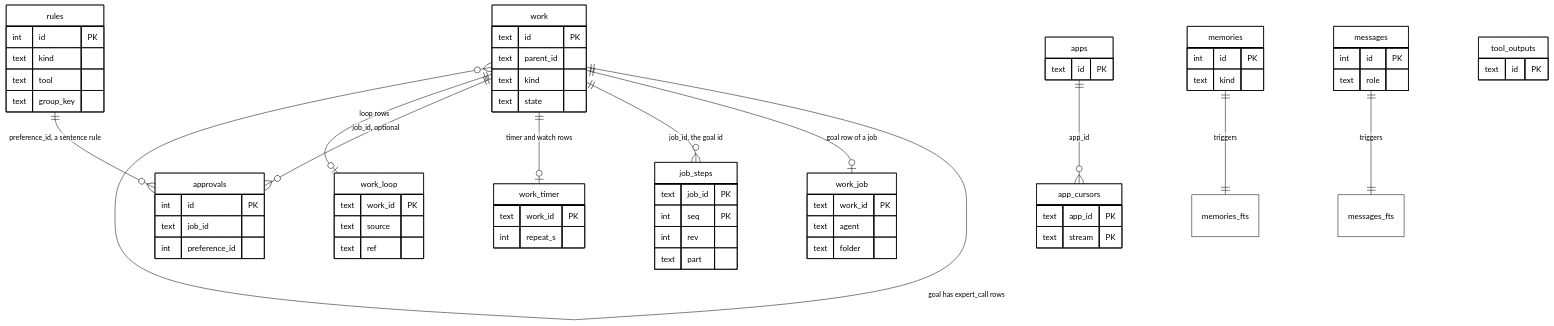
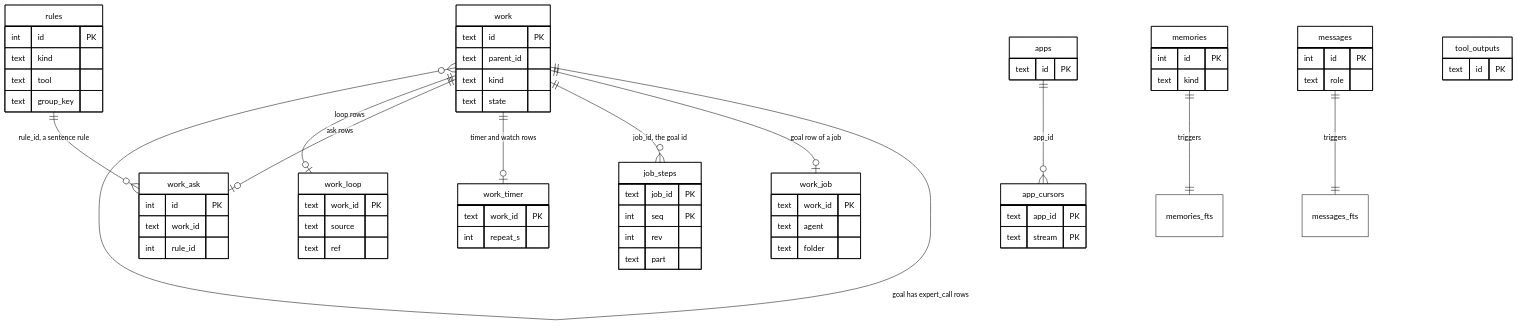
Before and after one commit to nadeem4/tagalong: the first of 2 diagrams in docs/storage.md, drawn with Mermaid. The commit also changed other lines of this file and 29 other files, not shown here.

Commit message:
feat(brain): asks and questions are work rows, home log reads them (S6)

````diff
--- a/docs/storage.md
+++ b/docs/storage.md
@@ -51,70 +50,70 @@
 ```mermaid
 %%{init: {'theme':'base','themeVariables':{'primaryColor':'#ffffff','primaryTextColor':'#000000','primaryBorderColor':'#000000','lineColor':'#000000'}}}%%
 erDiagram
     work ||--o{ work : "goal has expert_call rows"
     work ||--o| work_job : "goal row of a job"
     work ||--o{ job_steps : "job_id, the goal id"
     work ||--o| work_timer : "timer and watch rows"
-    work ||--o{ approvals : "job_id, optional"
-    rules ||--o{ approvals : "preference_id, a sentence rule"
+    work ||--o| work_ask : "ask rows"
+    rules ||--o{ work_ask : "rule_id, a sentence rule"
     work ||--o| work_loop : "loop rows"
     apps ||--o{ app_cursors : "app_id"
     memories ||--|| memories_fts : "triggers"
     messages ||--|| messages_fts : "triggers"
 
     work {
         text id PK
         text parent_id
         text kind
         text state
     }
     work_job {
         text work_id PK
         text agent
         text folder
     }
     job_steps {
         text job_id PK
         int seq PK
         int rev
         text part
     }
     work_timer {
         text work_id PK
         int repeat_s
     }
-    approvals {
+    work_ask {
         int id PK
-        text job_id
-        int preference_id
+        text work_id
+        int rule_id
     }
     rules {
         int id PK
         text kind
         text tool
         text group_key
     }
     work_loop {
         text work_id PK
         text source
         text ref
     }
     app_cursors {
         text app_id PK
         text stream PK
     }
     apps {
         text id PK
     }
     memories {
         int id PK
         text kind
     }
     messages {
         int id PK
         text role
     }
     tool_outputs {
         text id PK
     }
 ```
````
